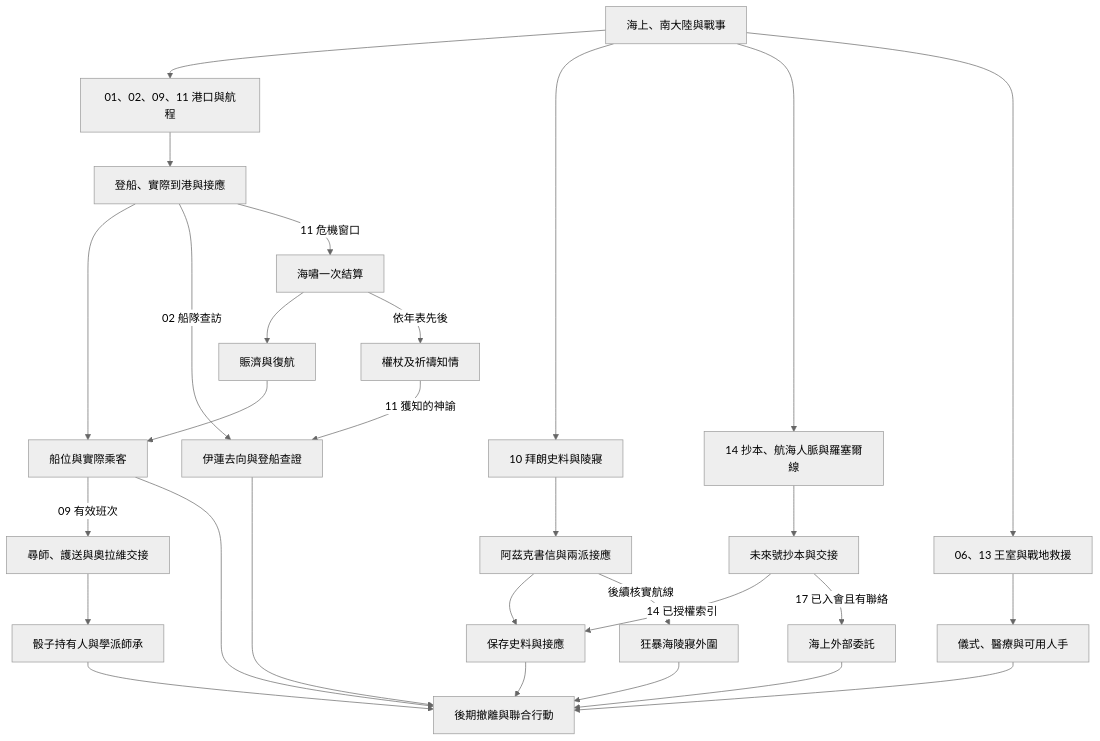
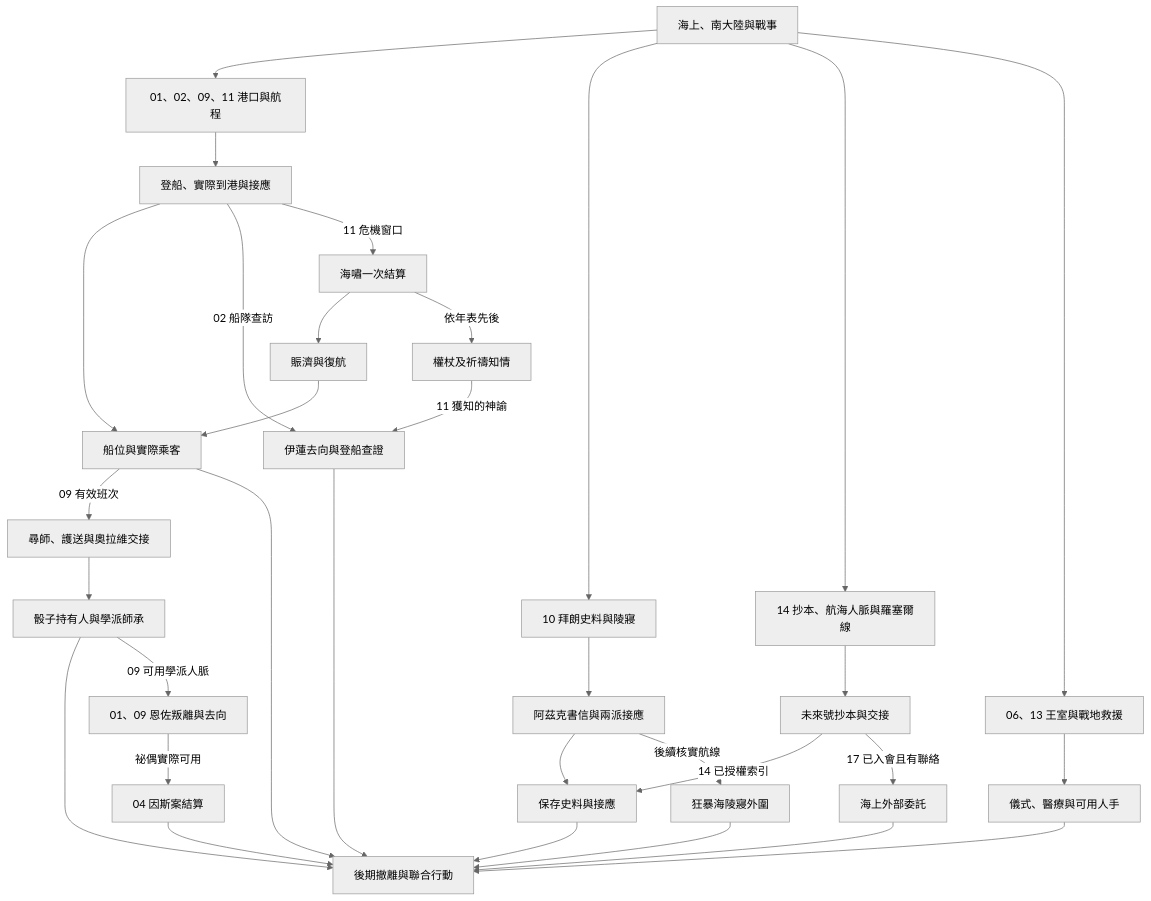
One commit to dragon961204-cmd/- changed the fifth of 7 diagrams in game/events/part_one_story_tree.md. Above: the diagram before and after it, drawn with Mermaid (neutral theme). The commit also changed other lines of this file, not shown here.

Commit message:
第十九批西拜朗恩佐與因斯 part_one_story_tree.md

````diff
--- a/game/events/part_one_story_tree.md
+++ b/game/events/part_one_story_tree.md
@@ -93,31 +93,34 @@
 ```mermaid
 flowchart TD
     A["海上、南大陸與戰事"] --> B["01、02、09、11 港口與航程"]
     A --> C["10 拜朗史料與陵寢"]
     A --> D["14 抄本、航海人脈與羅塞爾線"]
     A --> E["06、13 王室與戰地救援"]
     B --> J["登船、實際到港與接應"]
     J --> F["船位與實際乘客"]
     F -->|"09 有效班次"| O["尋師、護送與奧拉維交接"]
     O --> P["骰子持有人與學派師承"]
     P --> I
+    P -->|"09 可用學派人脈"| U["01、09 恩佐叛離與去向"]
+    U -->|"祕偶實際可用"| V["04 因斯案結算"]
+    V --> I
     J -->|"02 船隊查訪"| N["伊蓮去向與登船查證"]
     J -->|"11 危機窗口"| K["海嘯一次結算"]
     K --> L["賑濟與復航"]
     K -->|"依年表先後"| M["權杖及祈禱知情"]
     L --> F
     M -->|"11 獲知的神諭"| N
     N --> I
     C --> S["阿茲克書信與兩派接應"]
     S --> G["保存史料與接應"]
     S -->|"後續核實航線"| T["狂暴海陵寢外圍"]
     T --> I
     D --> Q["未來號抄本與交接"]
     Q -->|"14 已授權索引"| G
     Q -->|"17 已入會且有聯絡"| R["海上外部委託"]
     R --> I
     E --> H["儀式、醫療與可用人手"]
     F --> I["後期撤離與聯合行動"]
     G --> I
     H --> I
 ```
````
